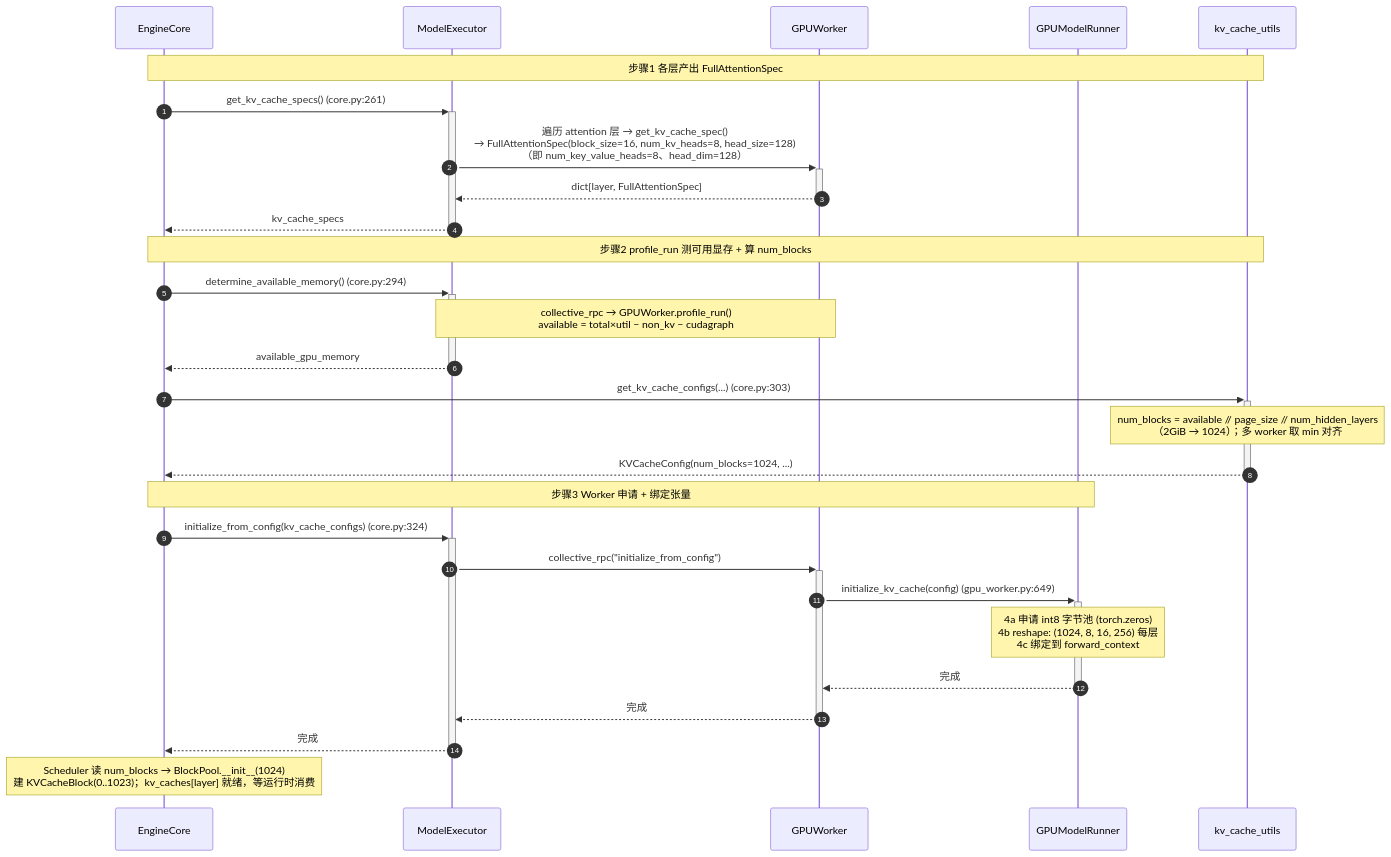
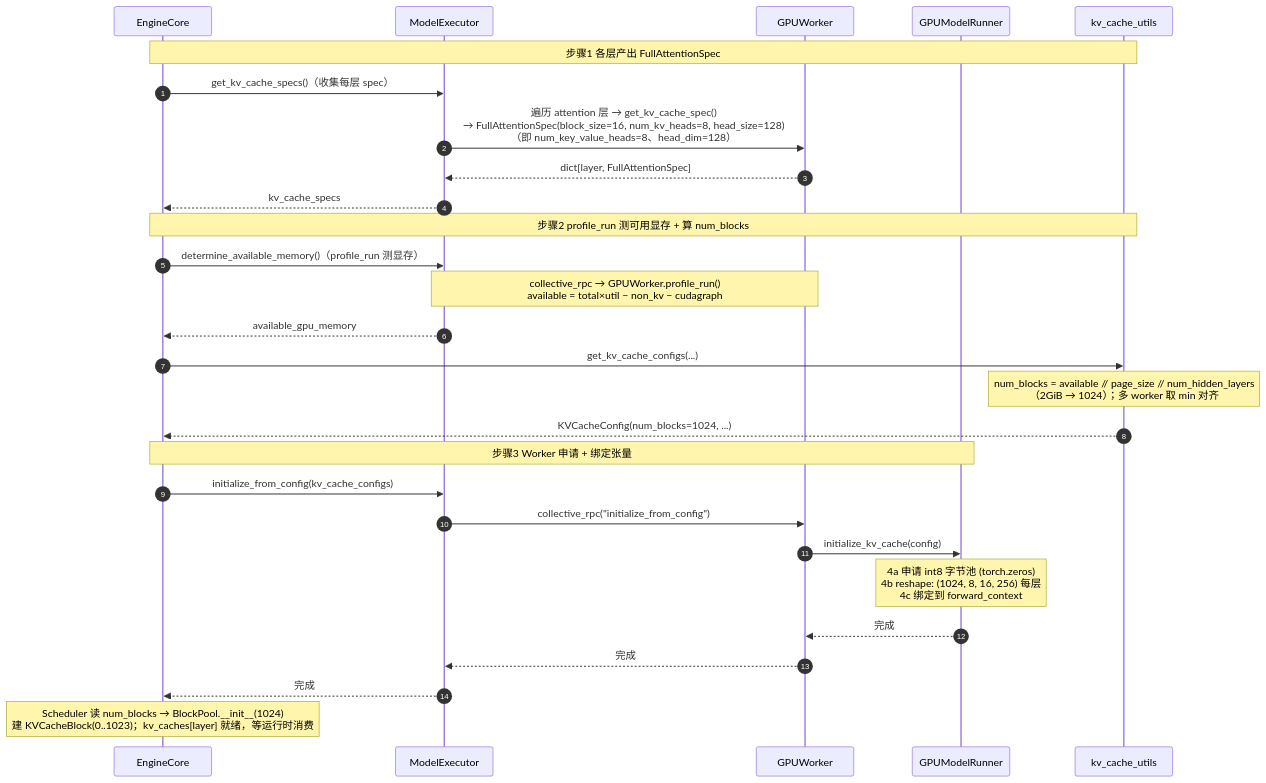
One commit to GoCHug/vllm changed the second of 8 diagrams in vllm/v1/core/kvcache_docs/0_end_to_end_sequence.md. Above: the diagram before and after it, drawn with Mermaid. The commit also changed other lines of this file and 6 other files, not shown here.

````diff
--- a/vllm/v1/core/kvcache_docs/0_end_to_end_sequence.md
+++ b/vllm/v1/core/kvcache_docs/0_end_to_end_sequence.md
@@ -150,34 +160,35 @@
 ```mermaid
+%%{init: {"themeVariables": {"actorFontSize": "11px", "messageFontSize": "11px", "noteFontSize": "11px"}, "sequence": {"actorMargin": 40, "messageMargin": 16, "noteMargin": 8, "boxMargin": 8, "boxTextMargin": 4, "messageAlign": "center", "mirrorActors": true, "height": 45}}}%%
 sequenceDiagram
     autonumber
-    participant EC as EngineCore
-    participant ME as ModelExecutor
-    participant W as GPUWorker
-    participant MR as GPUModelRunner
-    participant KU as kv_cache_utils
+    participant EngineCore
+    participant ModelExecutor
+    participant GPUWorker
+    participant GPUModelRunner
+    participant kv_cache_utils
 
-    Note over EC,KU: 步骤1 各层产出 FullAttentionSpec
-    EC->>+ME: get_kv_cache_specs()  (core.py:261)
-    ME->>+W: 遍历 attention 层 → get_kv_cache_spec()<br/>→ FullAttentionSpec(block_size=16, num_kv_heads=8, head_size=128)<br/>（即 num_key_value_heads=8、head_dim=128）
-    W-->>-ME: dict[layer, FullAttentionSpec]
-    ME-->>-EC: kv_cache_specs
+    Note over EngineCore,kv_cache_utils: 步骤1 各层产出 FullAttentionSpec
+    EngineCore->>ModelExecutor: get_kv_cache_specs()（收集每层 spec）
+    ModelExecutor->>GPUWorker: 遍历 attention 层 → get_kv_cache_spec()<br/>→ FullAttentionSpec(block_size=16, num_kv_heads=8, head_size=128)<br/>（即 num_key_value_heads=8、head_dim=128）
+    GPUWorker-->>ModelExecutor: dict[layer, FullAttentionSpec]
+    ModelExecutor-->>EngineCore: kv_cache_specs
 
-    Note over EC,KU: 步骤2 profile_run 测可用显存 + 算 num_blocks
-    EC->>+ME: determine_available_memory()  (core.py:294)
-    Note over ME,W: collective_rpc → GPUWorker.profile_run()<br/>available = total×util − non_kv − cudagraph
-    ME-->>-EC: available_gpu_memory
-    EC->>+KU: get_kv_cache_configs(...)  (core.py:303)
-    Note over KU: num_blocks = available // page_size // num_hidden_layers<br/>（2GiB → 1024）；多 worker 取 min 对齐
-    KU-->>-EC: KVCacheConfig(num_blocks=1024, ...)
+    Note over EngineCore,kv_cache_utils: 步骤2 profile_run 测可用显存 + 算 num_blocks
+    EngineCore->>ModelExecutor: determine_available_memory()（profile_run 测显存）
+    Note over ModelExecutor,GPUWorker: collective_rpc → GPUWorker.profile_run()<br/>available = total×util − non_kv − cudagraph
+    ModelExecutor-->>EngineCore: available_gpu_memory
+    EngineCore->>kv_cache_utils: get_kv_cache_configs(...)
+    Note over kv_cache_utils: num_blocks = available // page_size // num_hidden_layers<br/>（2GiB → 1024）；多 worker 取 min 对齐
+    kv_cache_utils-->>EngineCore: KVCacheConfig(num_blocks=1024, ...)
 
-    Note over EC,MR: 步骤3 Worker 申请 + 绑定张量
-    EC->>+ME: initialize_from_config(kv_cache_configs)  (core.py:324)
-    ME->>+W: collective_rpc("initialize_from_config")
-    W->>+MR: initialize_kv_cache(config)  (gpu_worker.py:649)
-    Note over MR: 4a 申请 int8 字节池 (torch.zeros)<br/>4b reshape: (1024, 8, 16, 256) 每层<br/>4c 绑定到 forward_context
+    Note over EngineCore,GPUModelRunner: 步骤3 Worker 申请 + 绑定张量
+    EngineCore->>ModelExecutor: initialize_from_config(kv_cache_configs)
+    ModelExecutor->>GPUWorker: collective_rpc("initialize_from_config")
+    GPUWorker->>GPUModelRunner: initialize_kv_cache(config)
+    Note over GPUModelRunner: 4a 申请 int8 字节池 (torch.zeros)<br/>4b reshape: (1024, 8, 16, 256) 每层<br/>4c 绑定到 forward_context
 
-    MR-->>-W: 完成
-    W-->>-ME: 完成
-    ME-->>-EC: 完成
-    Note over EC: Scheduler 读 num_blocks → BlockPool.__init__(1024)<br/>建 KVCacheBlock(0..1023)；kv_caches[layer] 就绪，等运行时消费
+    GPUModelRunner-->>GPUWorker: 完成
+    GPUWorker-->>ModelExecutor: 完成
+    ModelExecutor-->>EngineCore: 完成
+    Note over EngineCore: Scheduler 读 num_blocks → BlockPool.__init__(1024)<br/>建 KVCacheBlock(0..1023)；kv_caches[layer] 就绪，等运行时消费
 ```
````
